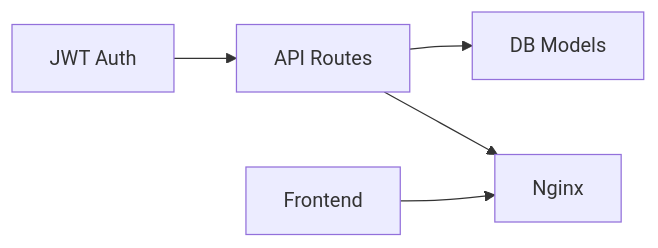
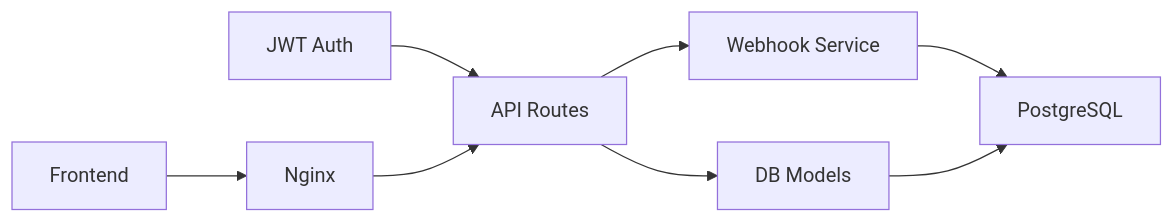
One commit to Revanththetalogics/aireume changed the tenth of 10 diagrams in .qoder/repowiki/en/content/Advanced Topics/Integration Patterns/Webhook Systems.md. Above: the diagram before and after it, drawn with Mermaid. The commit also changed other lines of this file and 4 other files, not shown here.

````diff
--- a/.qoder/repowiki/en/content/Advanced Topics/Integration Patterns/Webhook Systems.md
+++ b/.qoder/repowiki/en/content/Advanced Topics/Integration Patterns/Webhook Systems.md
@@ -306,7 +461,10 @@
 ```mermaid
 graph LR
 JWT["JWT Auth"] --> Routes["API Routes"]
 Routes --> Models["DB Models"]
-Routes --> Nginx["Nginx"]
-FE["Frontend"] --> Nginx
+Routes --> WebhookSvc["Webhook Service"]
+WebhookSvc --> PostgreSQL["PostgreSQL"]
+Models --> PostgreSQL
+FE["Frontend"] --> Nginx["Nginx"]
+Nginx --> Routes
 ```
````
